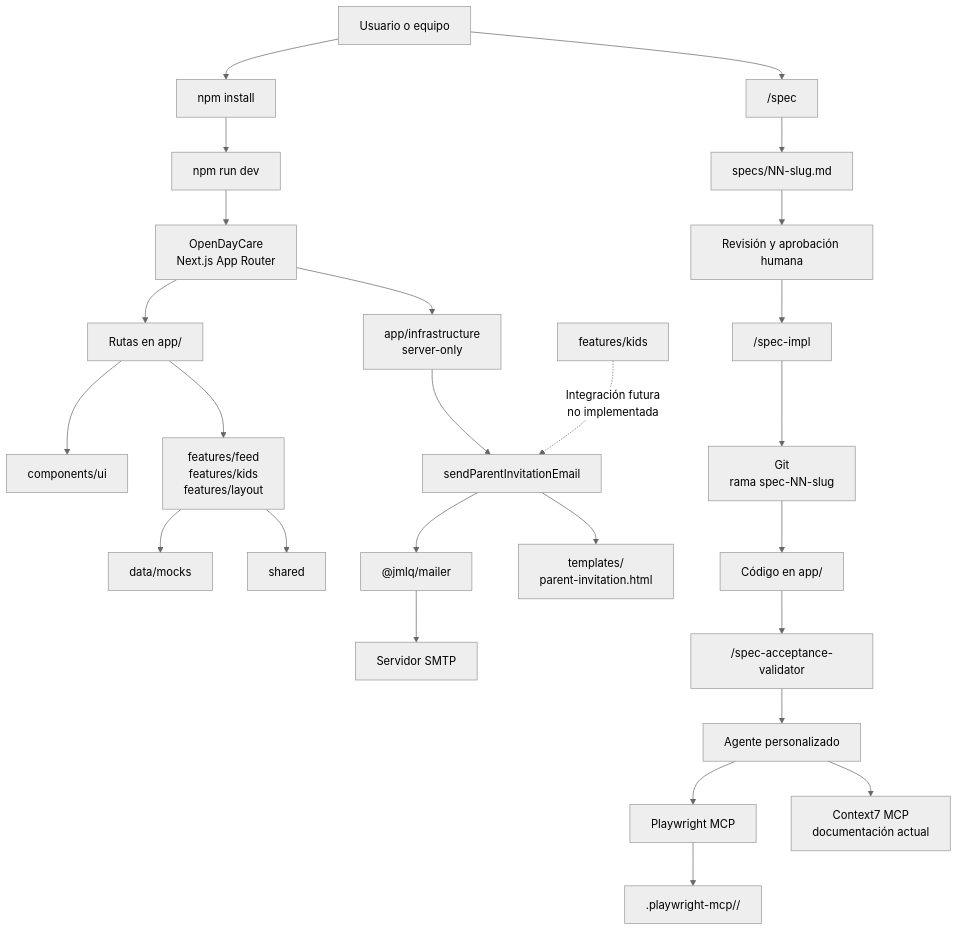
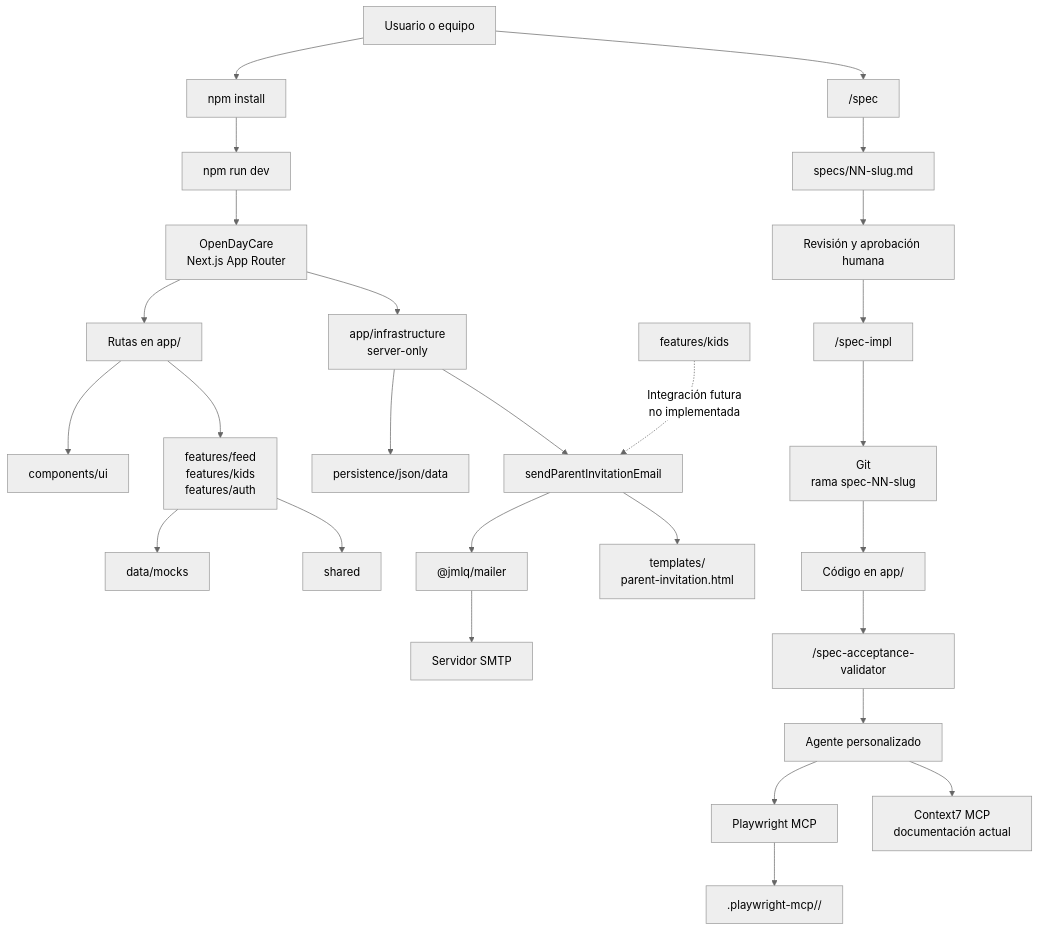
The first of 2 diagrams in README.md (MLahuasi/opencode-daycare), drawn with Mermaid (neutral theme) before and after one commit. The commit also changed other lines of this file and 1 other file, not shown here.

Commit message:
DayCare - spec-08-application-architecture - Actualizar documentación.

````diff
--- a/README.md
+++ b/README.md
@@ -119,31 +135,32 @@
 ```mermaid
 flowchart TD
     U[Usuario o equipo] --> I[npm install]
     I --> R[npm run dev]
     R --> APP["OpenDayCare<br/>Next.js App Router"]
 
     APP --> ROUTES["Rutas en app/"]
     ROUTES --> UI["components/ui"]
-    ROUTES --> FEATURES["features/feed<br/>features/kids<br/>features/layout"]
+    ROUTES --> FEATURES["features/feed<br/>features/kids<br/>features/auth"]
     FEATURES --> MOCKS["data/mocks"]
     FEATURES --> SHARED[shared]
 
     APP --> INFRA["app/infrastructure<br/>server-only"]
+    INFRA --> JSON["persistence/json/data"]
     INFRA --> MAILER["sendParentInvitationEmail"]
     MAILER --> PACKAGE["@jmlq/mailer"]
     MAILER --> TEMPLATE["templates/<br/>parent-invitation.html"]
     PACKAGE --> SMTP["Servidor SMTP"]
     KIDS["features/kids"] -. "Integración futura<br/>no implementada" .-> MAILER
 
     U --> SPEC["/spec"]
     SPEC --> FILE["specs/NN-slug.md"]
     FILE --> HUMAN["Revisión y aprobación humana"]
     HUMAN --> IMPL["/spec-impl"]
     IMPL --> GIT["Git<br/>rama spec-NN-slug"]
     GIT --> CODE["Código en app/"]
     CODE --> VALIDATE["/spec-acceptance-validator"]
     VALIDATE --> AGENT[Agente personalizado]
     AGENT --> PW[Playwright MCP]
     PW --> ART[".playwright-mcp/<Feature>/"]
     AGENT --> C7["Context7 MCP<br/>documentación actual"]
 ```
````
